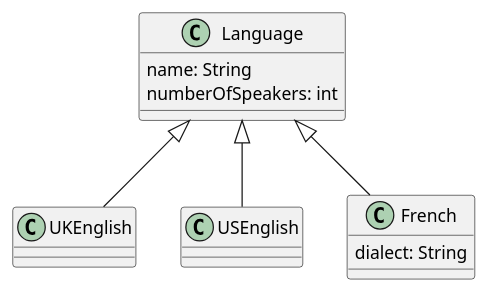
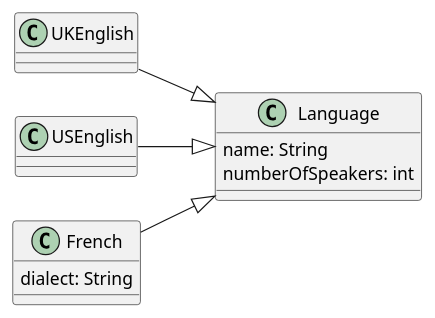
One commit to waltatgit/uml changed the diagram in GPT-5/17.jpg.only.plantuml. Above: the diagram before and after it, drawn with PlantUML. The commit also changed 479 other files, not shown here.

```diff
--- a/GPT-5/17.jpg.only.plantuml
+++ b/GPT-5/17.jpg.only.plantuml
@@ -1,18 +1,18 @@
 @startuml
+left to right direction
 
 class Language {
-    name: String
-    numberOfSpeakers: int
+  name: String
+  numberOfSpeakers: int
 }
 
 class UKEnglish
 class USEnglish
 class French {
-    dialect: String
+  dialect: String
 }
 
-Language <|-- UKEnglish
-Language <|-- USEnglish
-Language <|-- French
-
+UKEnglish --|> Language
+USEnglish --|> Language
+French --|> Language
 @enduml
```
